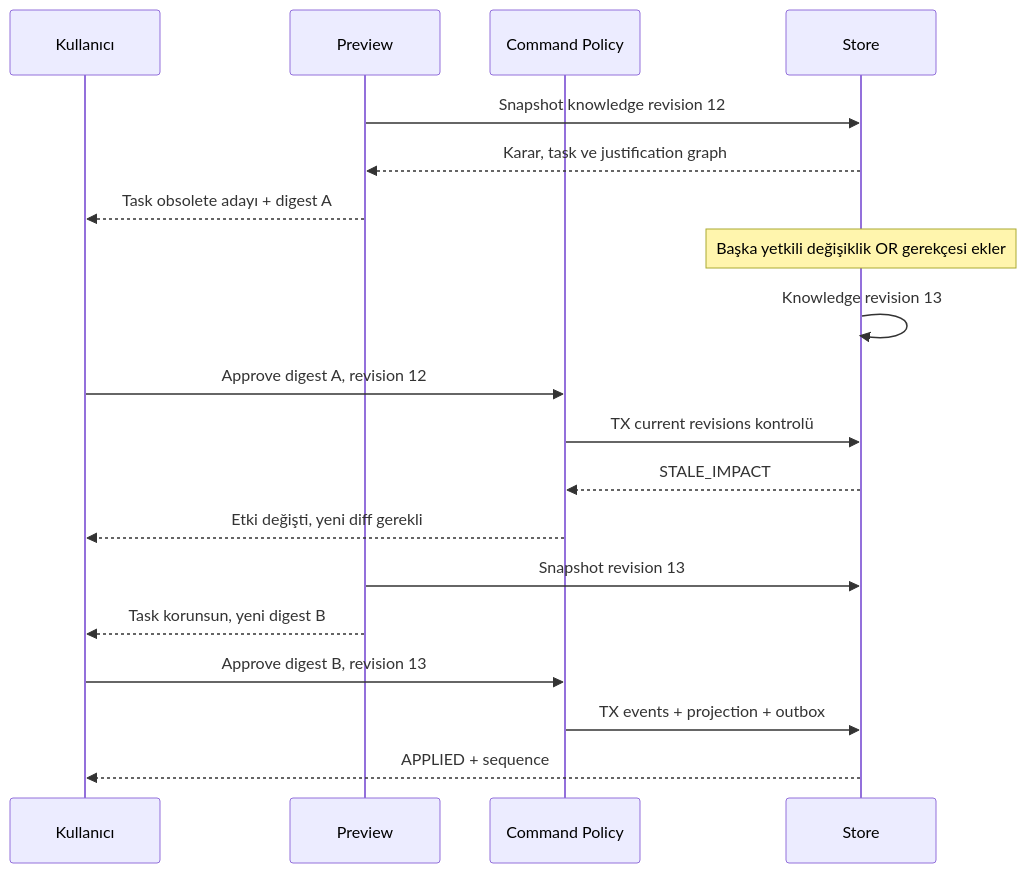
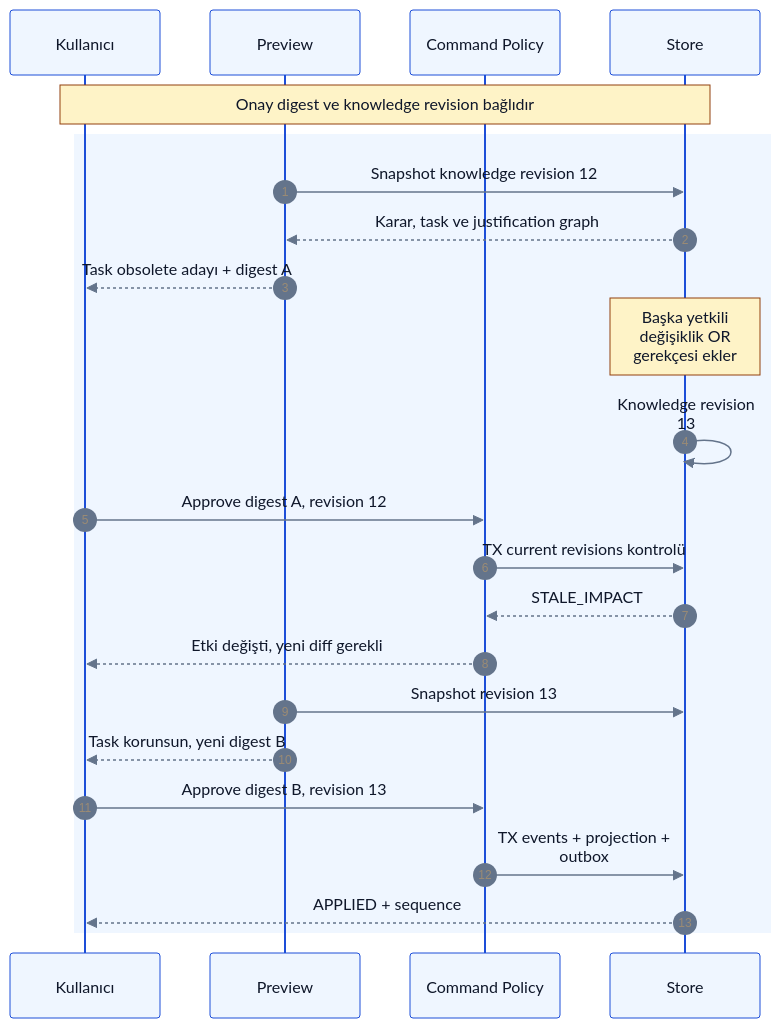
The fifth of 13 diagrams in docs/architecture/diagrams.md (alphanAkbulut/decivora), drawn with Mermaid before and after one commit. The commit also changed other lines of this file and 21 other files, not shown here.

Commit message:
Refresh all Mermaid diagrams, clarify decision states and document rendering evidence

````diff
--- a/docs/architecture/diagrams.md
+++ b/docs/architecture/diagrams.md
@@ -175,21 +236,28 @@
 ```mermaid
+%%{init: {"theme":"base","themeVariables":{"fontFamily":"Arial, sans-serif","fontSize":"14px","primaryColor":"#eff6ff","primaryTextColor":"#0f172a","primaryBorderColor":"#1d4ed8","lineColor":"#64748b","secondaryColor":"#ccfbf1","tertiaryColor":"#f1f5f9","background":"#ffffff","mainBkg":"#eff6ff","textColor":"#0f172a","clusterBkg":"#f8fafc","clusterBorder":"#94a3b8","edgeLabelBackground":"#ffffff","actorBkg":"#eff6ff","actorTextColor":"#0f172a","actorBorder":"#1d4ed8","signalColor":"#64748b","signalTextColor":"#0f172a","noteBkgColor":"#fef3c7","noteTextColor":"#0f172a","noteBorderColor":"#92400e"},"flowchart":{"htmlLabels":false,"curve":"linear"},"sequence":{"wrap":true},"themeCSS":"background-color:#ffffff;"}}%%
 sequenceDiagram
+    accTitle: Graph değişiminde stale approval
+    accDescr: Önerilen tasarım veya açıkça belirtilen sentetik örnek. Renkler alan ve kontrol türünü gösterir; implemented veya passed kanıtı değildir. Yetki, revision ve coverage sınırları korunur.
+    autonumber
     participant U as Kullanıcı
     participant P as Preview
     participant C as Command Policy
     participant S as Store
+    Note over U,S: Onay digest ve knowledge revision bağlıdır
+    rect rgb(239, 246, 255)
     P->>S: Snapshot knowledge revision 12
     S-->>P: Karar, task ve justification graph
     P-->>U: Task obsolete adayı + digest A
     Note over S: Başka yetkili değişiklik OR gerekçesi ekler
     S->>S: Knowledge revision 13
     U->>C: Approve digest A, revision 12
     C->>S: TX current revisions kontrolü
     S-->>C: STALE_IMPACT
     C-->>U: Etki değişti, yeni diff gerekli
     P->>S: Snapshot revision 13
     P-->>U: Task korunsun, yeni digest B
     U->>C: Approve digest B, revision 13
     C->>S: TX events + projection + outbox
     S-->>U: APPLIED + sequence
+    end
 ```
````
